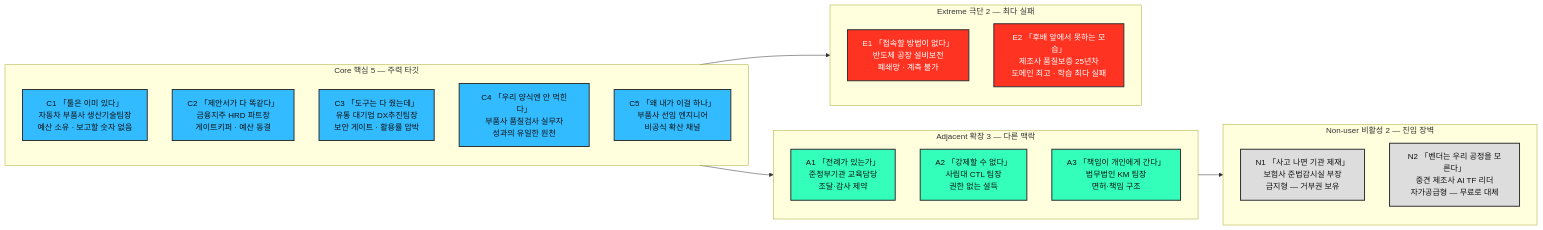
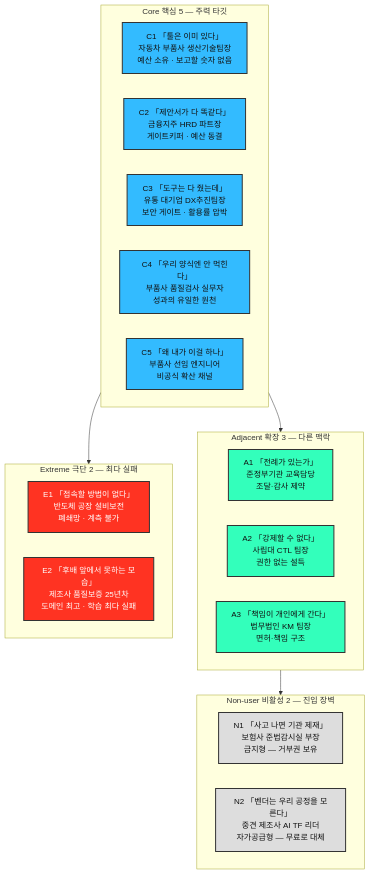
Before and after one commit to happai079/business-research-kokjip: the second of 3 diagrams in 05-persona-spectrum-journey-map/case-01-persona-spectrum.md, drawn with Mermaid. The commit also changed other lines of this file and 2 other files, not shown here.

Commit message:
docs(ch05): stack the groups, run each group's items across
Corrects the axes on all three comparison charts: the groups now stack top
to bottom and the items inside each group run left to right. Previously the
groups sat side by side with each item list running downward, which is the
opposite of what was asked.

For the journey charts this reading is better anyway — row length now equals
journey length, so Core running to renewal and Extreme stopping at step four
is visible from the shape alone. Moved each journey's endpoint into its
subgraph title so the band labels state the conclusion.

````diff
--- a/05-persona-spectrum-journey-map/case-01-persona-spectrum.md
+++ b/05-persona-spectrum-journey-map/case-01-persona-spectrum.md
@@ -218,43 +218,43 @@
 ```mermaid
-graph LR
+graph TB
     subgraph CORE["Core 핵심 5 — 주력 타깃"]
-        direction TB
+        direction LR
         C1["C1 「툴은 이미 있다」<br>자동차 부품사 생산기술팀장<br>예산 소유 · 보고할 숫자 없음"]
         C2["C2 「제안서가 다 똑같다」<br>금융지주 HRD 파트장<br>게이트키퍼 · 예산 동결"]
         C3["C3 「도구는 다 줬는데」<br>유통 대기업 DX추진팀장<br>보안 게이트 · 활용률 압박"]
         C4["C4 「우리 양식엔 안 먹힌다」<br>부품사 품질검사 실무자<br>성과의 유일한 원천"]
         C5["C5 「왜 내가 이걸 하나」<br>부품사 선임 엔지니어<br>비공식 확산 채널"]
     end
 
     subgraph ADJ["Adjacent 확장 3 — 다른 맥락"]
-        direction TB
+        direction LR
         A1["A1 「전례가 있는가」<br>준정부기관 교육담당<br>조달·감사 제약"]
         A2["A2 「강제할 수 없다」<br>사립대 CTL 팀장<br>권한 없는 설득"]
         A3["A3 「책임이 개인에게 간다」<br>법무법인 KM 팀장<br>면허·책임 구조"]
     end
 
     subgraph EXT["Extreme 극단 2 — 최다 실패"]
-        direction TB
+        direction LR
         E1["E1 「접속할 방법이 없다」<br>반도체 공장 설비보전<br>폐쇄망 · 계측 불가"]
         E2["E2 「후배 앞에서 못하는 모습」<br>제조사 품질보증 25년차<br>도메인 최고 · 학습 최다 실패"]
     end
 
     subgraph NON["Non-user 비활성 2 — 진입 장벽"]
-        direction TB
+        direction LR
         N1["N1 「사고 나면 기관 제재」<br>보험사 준법감시실 부장<br>금지형 — 거부권 보유"]
         N2["N2 「벤더는 우리 공정을 모른다」<br>중견 제조사 AI TF 리더<br>자가공급형 — 무료로 대체"]
     end
 
     CORE --> ADJ
     CORE --> EXT
     ADJ --> NON
 
     classDef core fill:#33BBFF,stroke:#333,stroke-width:2px,color:#111;
     classDef adj fill:#33FFBB,stroke:#333,stroke-width:2px,color:#111;
     classDef ext fill:#FF3322,stroke:#333,stroke-width:2px,color:#fff;
     classDef non fill:#DDDDDD,stroke:#333,stroke-width:2px,color:#111;
     class C1,C2,C3,C4,C5 core;
     class A1,A2,A3 adj;
     class E1,E2 ext;
     class N1,N2 non;
 ```
````
